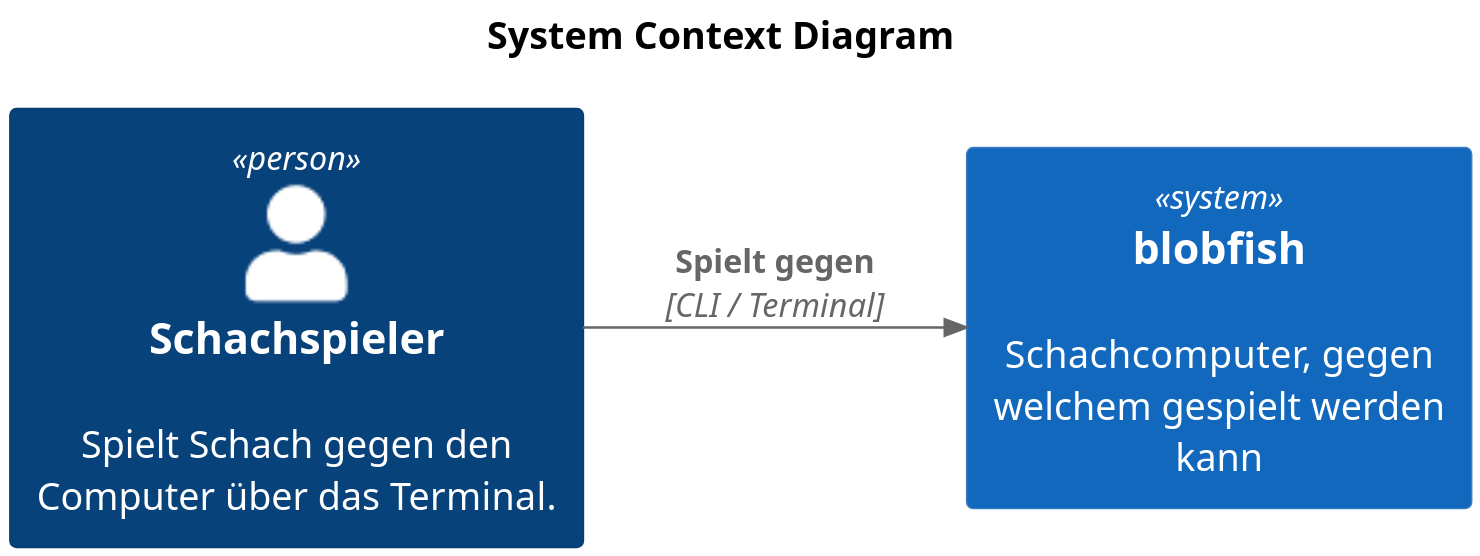
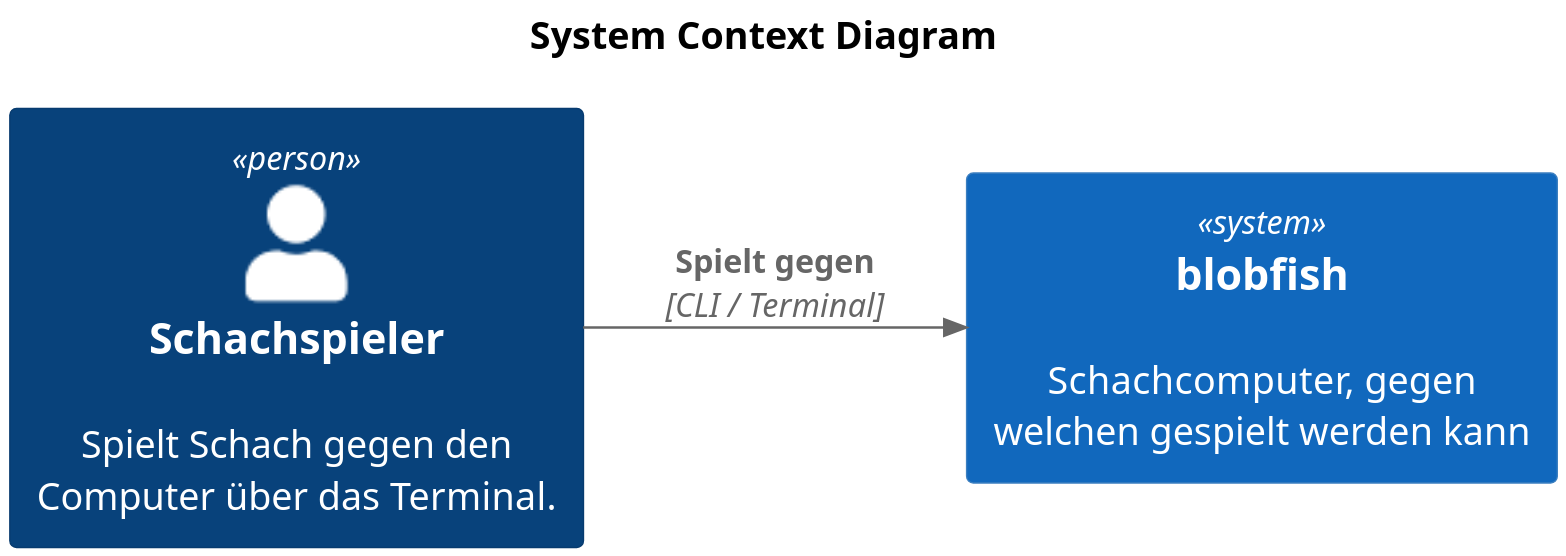
The diagram in docs/plantuml/softwarearchitektur/c4-context.puml (l2c0r3/blobfish), drawn with PlantUML before and after one commit. The commit also changed 16 other files, not shown here.

```diff
--- a/docs/plantuml/softwarearchitektur/c4-context.puml
+++ b/docs/plantuml/softwarearchitektur/c4-context.puml
@@ -1,15 +1,15 @@
 @startuml
 !include <C4/C4_Context>
 skinparam dpi 300
 
 LAYOUT_LEFT_RIGHT()
 
 title System Context Diagram
 
 Person(player, "Schachspieler", "Spielt Schach gegen den Computer über das Terminal.")
 
-System(blobfish, "blobfish", "Schachcomputer, gegen welchem gespielt werden kann")
+System(blobfish, "blobfish", "Schachcomputer, gegen welchen gespielt werden kann")
 
 Rel(player, blobfish, "Spielt gegen", "CLI / Terminal")
 
 @enduml
```
